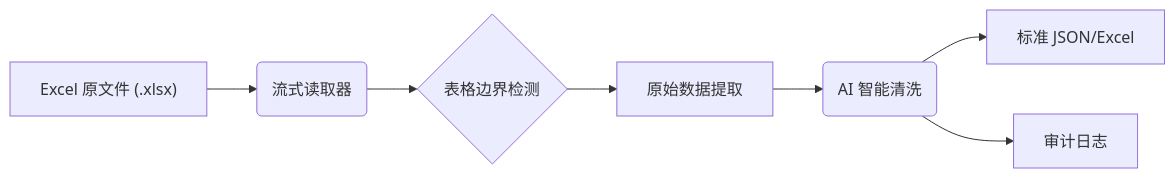
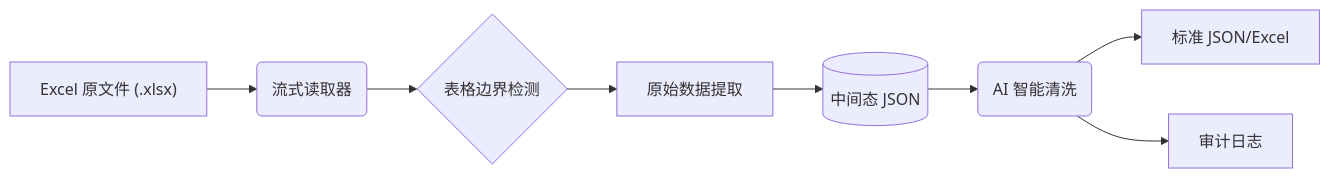
Before and after one commit to zylar06/ExcelDeepClean: the diagram in README_zh-CN.md, drawn with Mermaid. The commit also changed other lines of this file and 1 other file, not shown here.

Commit message:
Docs: Explicitly mention Intermediate JSON step in Architecture

````diff
--- a/README_zh-CN.md
+++ b/README_zh-CN.md
@@ -27,9 +27,10 @@
 ```mermaid
 graph LR
     A["Excel 原文件 (.xlsx)"] --> B("流式读取器")
     B --> C{"表格边界检测"}
     C --> D["原始数据提取"]
-    D --> E("AI 智能清洗")
+    D --> I[("中间态 JSON")]
+    I --> E("AI 智能清洗")
     E --> F["标准 JSON/Excel"]
     E --> G["审计日志"]
 ```
````
